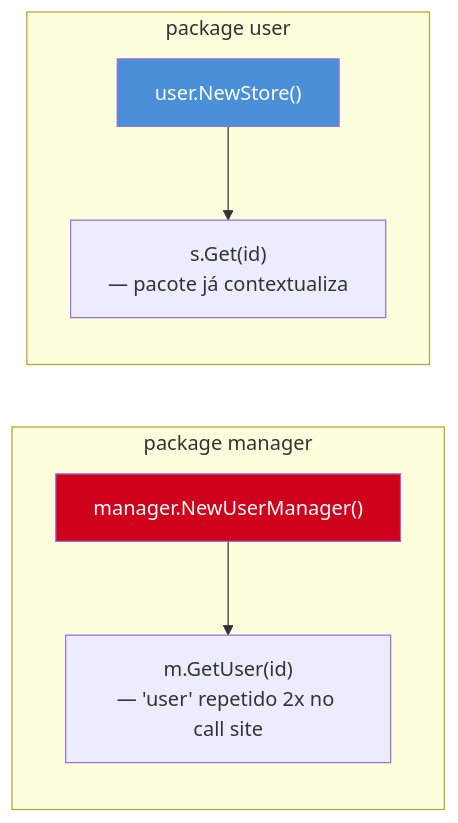
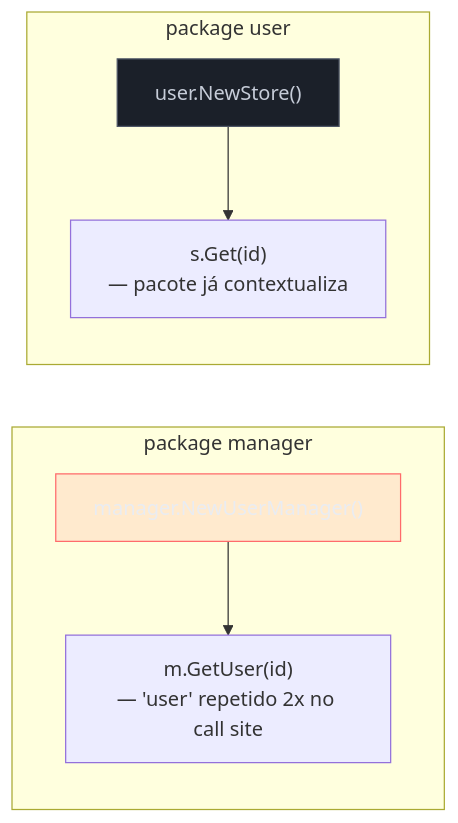
Before and after one commit to josenaldo/codex-technomanticus: the second of 3 diagrams in 03-Dominios/Tecnologia/Go/20 - Go idiomático/04 - Erros comuns de quem vem de OO.md, drawn with Mermaid. The commit also changed other lines of this file and 1181 other files, not shown here.

First line of the commit message:
fix(diagramas): paleta do sistema no lugar de cor cravada no markdown

````diff
--- a/03-Dominios/Tecnologia/Go/20 - Go idiomático/04 - Erros comuns de quem vem de OO.md
+++ b/03-Dominios/Tecnologia/Go/20 - Go idiomático/04 - Erros comuns de quem vem de OO.md
@@ -240,14 +243,16 @@
 ```mermaid
 flowchart LR
+    classDef falha fill:#FF6B6B24,stroke:#FF6B6B,color:#E9ECF2
+    classDef neutro fill:#1B2029,stroke:#4E5666,color:#C6CCD8
     subgraph ruim["package manager"]
         direction TB
         M["manager.NewUserManager()"] --> R["m.GetUser(id)\n— 'user' repetido 2x no call site"]
     end
     subgraph bom["package user"]
         direction TB
         U["user.NewStore()"] --> S["s.Get(id)\n— pacote já contextualiza"]
     end
 
-    style M fill:#D0021B,color:#fff
-    style U fill:#4A90D9,color:#fff
+    class M falha
+    class U neutro
 ```
````
